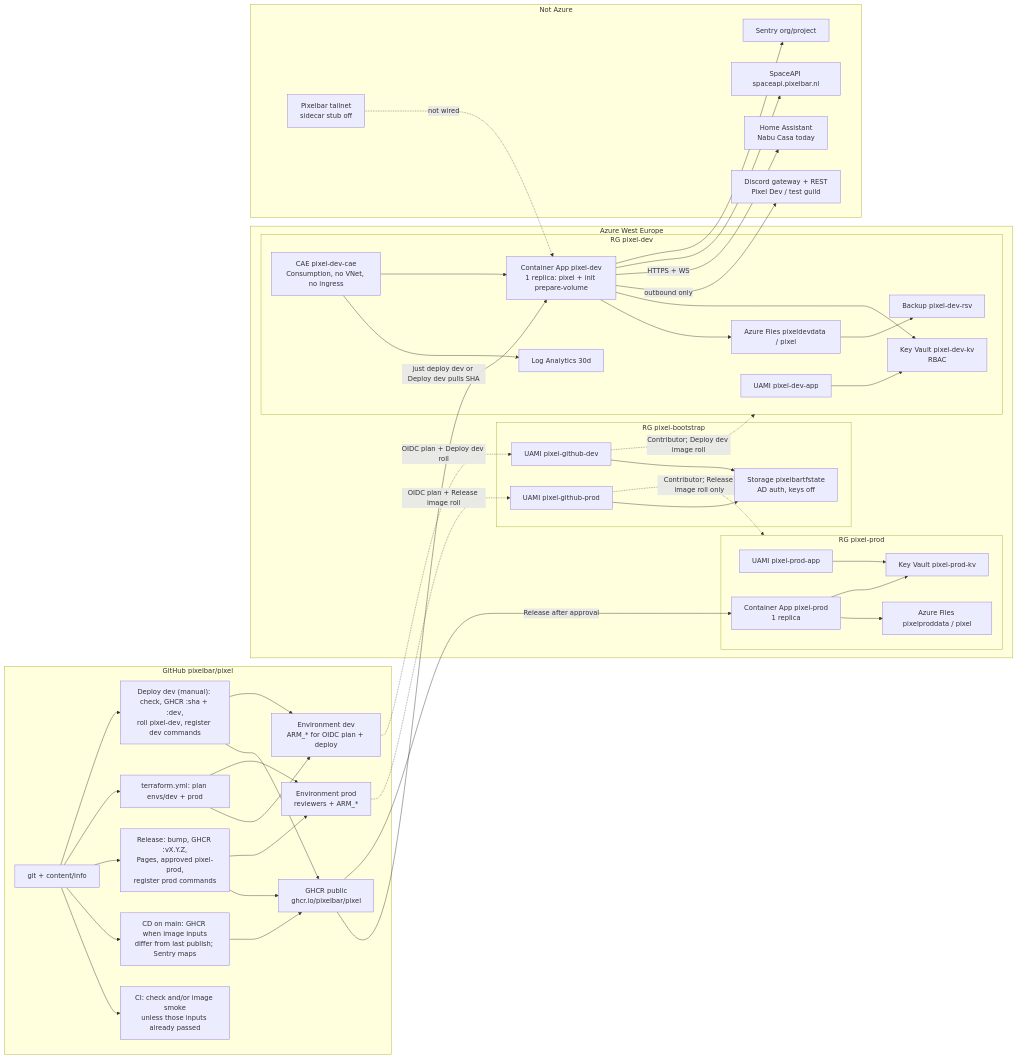
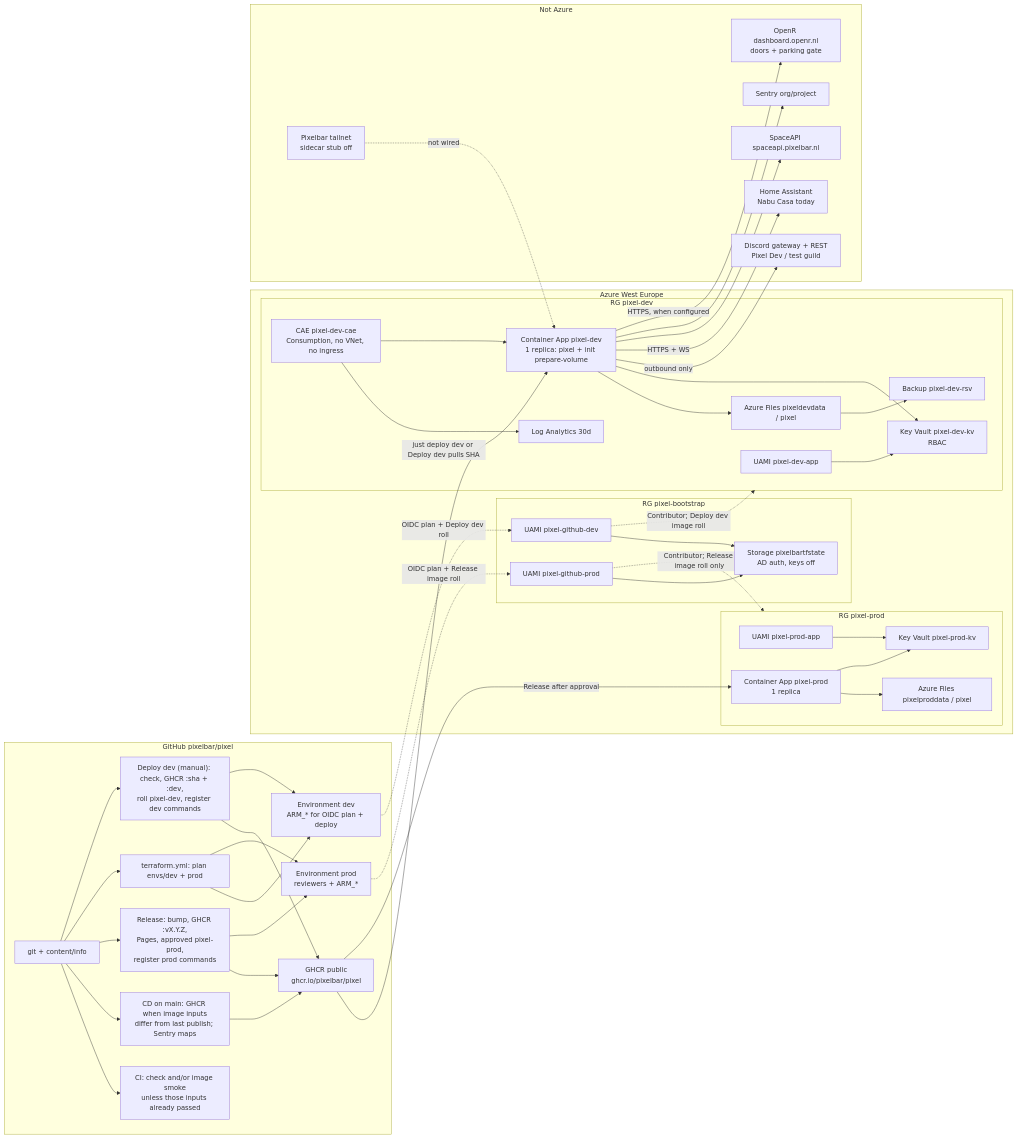
Before and after one commit to pixelbar/pixel: the first of 2 diagrams in docs/infra.md, drawn with Mermaid. The commit also changed other lines of this file and 50 other files, not shown here.

First line of the commit message:
Open the doors and the parking gate through OpenR

````diff
--- a/docs/infra.md
+++ b/docs/infra.md
@@ -33,79 +33,81 @@
 ```mermaid
 flowchart LR
   subgraph github["GitHub pixelbar/pixel"]
     SRC[git + content/info]
     GHCR["GHCR public<br/>ghcr.io/pixelbar/pixel"]
     CI["CI: check and/or image smoke<br/>unless those inputs already passed"]
     CD["CD on main: GHCR when image inputs<br/>differ from last publish; Sentry maps"]
     REL["Release: bump, GHCR :vX.Y.Z,<br/>Pages, approved pixel-prod,<br/>register prod commands"]
     TFW["terraform.yml: plan envs/dev + prod"]
     DEPDEV["Deploy dev (manual): check, GHCR :sha + :dev,<br/>roll pixel-dev, register dev commands"]
     ENVDEV["Environment dev<br/>ARM_* for OIDC plan + deploy"]
     ENVPROD["Environment prod<br/>reviewers + ARM_*"]
     SRC --> CI
     SRC --> CD --> GHCR
     SRC --> REL
     REL --> GHCR
     SRC --> TFW
     TFW --> ENVDEV
     TFW --> ENVPROD
     REL --> ENVPROD
     SRC --> DEPDEV
     DEPDEV --> GHCR
     DEPDEV --> ENVDEV
   end
 
   subgraph azure["Azure West Europe"]
     subgraph boot["RG pixel-bootstrap"]
       STATE["Storage pixelbartfstate<br/>AD auth, keys off"]
       GID["UAMI pixel-github-dev"]
       GIP["UAMI pixel-github-prod"]
     end
     subgraph dev["RG pixel-dev"]
       UAMI["UAMI pixel-dev-app"]
       KV["Key Vault pixel-dev-kv<br/>RBAC"]
       FILES["Azure Files pixeldevdata / pixel"]
       RSV["Backup pixel-dev-rsv"]
       LAW["Log Analytics 30d"]
       CAE["CAE pixel-dev-cae<br/>Consumption, no VNet, no ingress"]
       APP["Container App pixel-dev<br/>1 replica: pixel + init prepare-volume"]
     end
     subgraph prod["RG pixel-prod"]
       UAMIP["UAMI pixel-prod-app"]
       KVP["Key Vault pixel-prod-kv"]
       FILESP["Azure Files pixelproddata / pixel"]
       APPP["Container App pixel-prod<br/>1 replica"]
     end
     ENVDEV -.->|OIDC plan + Deploy dev roll| GID
     ENVPROD -.->|OIDC plan + Release image roll| GIP
     GID --> STATE
     GIP --> STATE
     GID -.->|Contributor; Deploy dev image roll| dev
     GIP -.->|Contributor; Release image roll only| prod
     UAMI --> KV
     FILES --> RSV
     CAE --> LAW
     CAE --> APP
     APP --> FILES
     APP --> KV
     UAMIP --> KVP
     APPP --> FILESP
     APPP --> KVP
     GHCR -->|just deploy dev or Deploy dev pulls SHA| APP
     GHCR -->|Release after approval| APPP
   end
 
   subgraph outside["Not Azure"]
     DISCORD["Discord gateway + REST<br/>Pixel Dev / test guild"]
     HA["Home Assistant<br/>Nabu Casa today"]
     SPACE["SpaceAPI spaceapi.pixelbar.nl"]
     SENTRY["Sentry org/project"]
+    OPENR["OpenR dashboard.openr.nl<br/>doors + parking gate"]
     TS["Pixelbar tailnet<br/>sidecar stub off"]
   end
 
   APP -->|outbound only| DISCORD
   APP -->|HTTPS + WS| HA
   APP --> SPACE
   APP --> SENTRY
+  APP -->|HTTPS, when configured| OPENR
   TS -.->|not wired| APP
 ```
````
